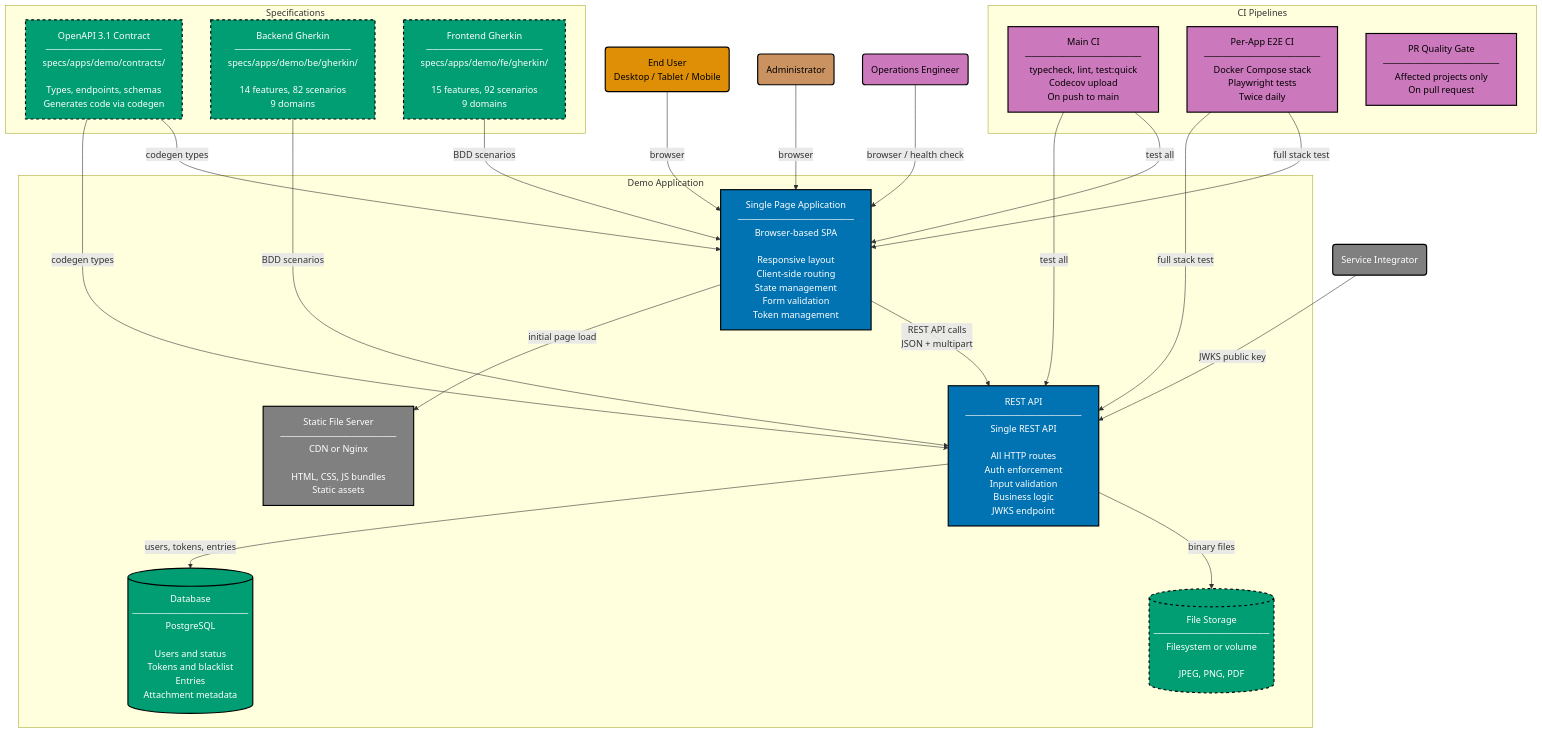
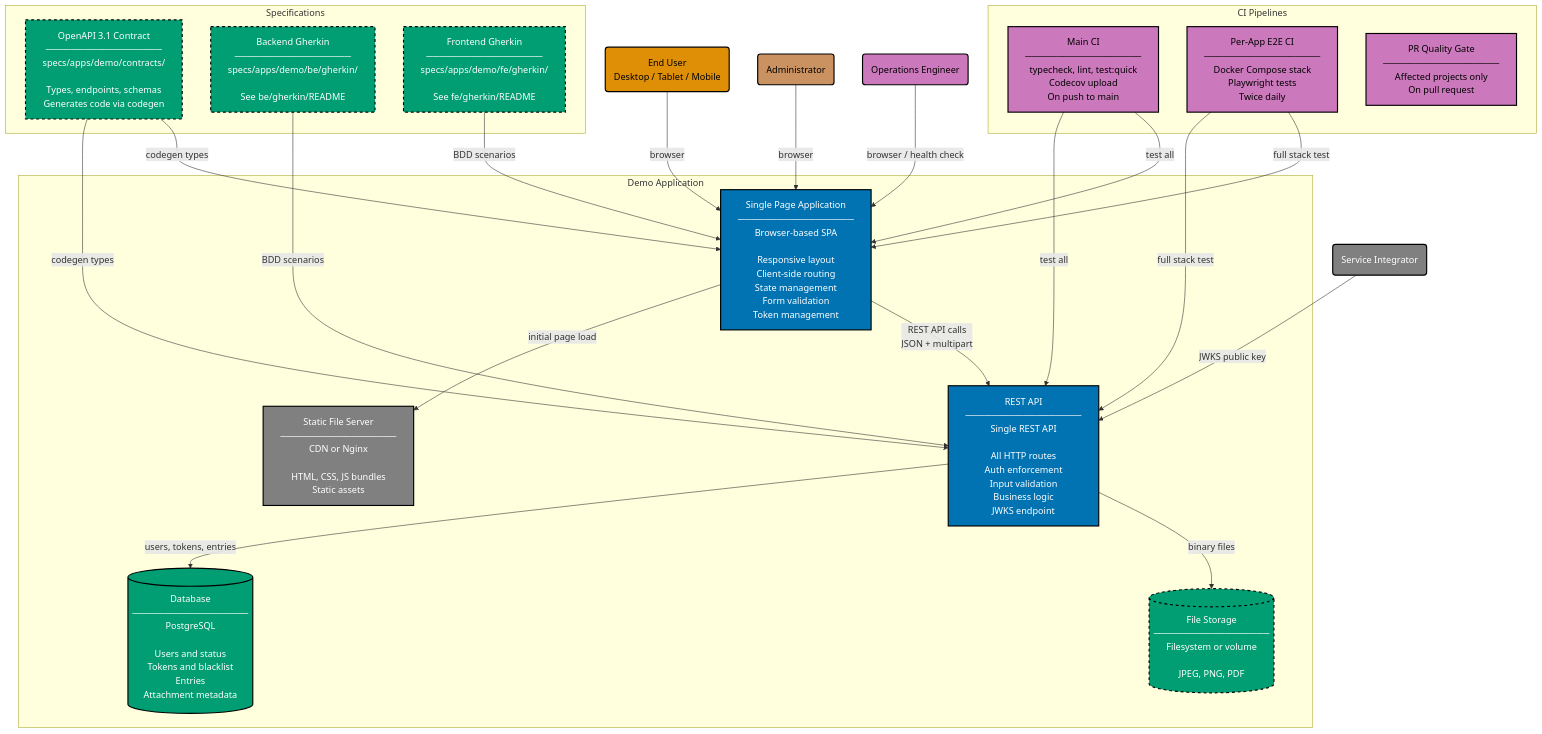
The diagram in specs/apps/demo/c4/container.md (wahidyankf/open-sharia-enterprise), drawn with Mermaid before and after one commit. The commit also changed 28 other files, not shown here.

````diff
--- a/specs/apps/demo/c4/container.md
+++ b/specs/apps/demo/c4/container.md
@@ -13,69 +13,69 @@
 ```mermaid
 %% Color Palette: Blue #0173B2 | Orange #DE8F05 | Teal #029E73 | Purple #CC78BC | Brown #CA9161 | Gray #808080
 graph TD
     EU("End User<br/>Desktop / Tablet / Mobile"):::actor
     ADM("Administrator"):::actor_admin
     OPS("Operations Engineer"):::actor_ops
     SI("Service Integrator"):::actor_si
 
     subgraph SYSTEM["Demo Application"]
         SPA["Single Page Application<br/>──────────────────<br/>Browser-based SPA<br/><br/>Responsive layout<br/>Client-side routing<br/>State management<br/>Form validation<br/>Token management"]:::container_fe
 
         STATIC["Static File Server<br/>──────────────────<br/>CDN or Nginx<br/><br/>HTML, CSS, JS bundles<br/>Static assets"]:::infra
 
         API["REST API<br/>──────────────────<br/>Single REST API<br/><br/>All HTTP routes<br/>Auth enforcement<br/>Input validation<br/>Business logic<br/>JWKS endpoint"]:::container_be
 
         DB[("Database<br/>──────────────────<br/>PostgreSQL<br/><br/>Users and status<br/>Tokens and blacklist<br/>Entries<br/>Attachment metadata")]:::datastore
 
         FS[("File Storage<br/>──────────────────<br/>Filesystem or volume<br/><br/>JPEG, PNG, PDF")]:::filestorage
     end
 
     subgraph SPECS["Specifications"]
         CONTRACT["OpenAPI 3.1 Contract<br/>──────────────────<br/>specs/apps/demo/contracts/<br/><br/>Types, endpoints, schemas<br/>Generates code via codegen"]:::spec
 
-        BE_GHERKIN["Backend Gherkin<br/>──────────────────<br/>specs/apps/demo/be/gherkin/<br/><br/>14 features, 82 scenarios<br/>9 domains"]:::spec
+        BE_GHERKIN["Backend Gherkin<br/>──────────────────<br/>specs/apps/demo/be/gherkin/<br/><br/>See be/gherkin/README"]:::spec
 
-        FE_GHERKIN["Frontend Gherkin<br/>──────────────────<br/>specs/apps/demo/fe/gherkin/<br/><br/>15 features, 92 scenarios<br/>9 domains"]:::spec
+        FE_GHERKIN["Frontend Gherkin<br/>──────────────────<br/>specs/apps/demo/fe/gherkin/<br/><br/>See fe/gherkin/README"]:::spec
     end
 
     subgraph CICD["CI Pipelines"]
         MAIN_CI["Main CI<br/>──────────────────<br/>typecheck, lint, test:quick<br/>Codecov upload<br/>On push to main"]:::ci
 
         E2E_CI["Per-App E2E CI<br/>──────────────────<br/>Docker Compose stack<br/>Playwright tests<br/>Twice daily"]:::ci
 
         PR_CI["PR Quality Gate<br/>──────────────────<br/>Affected projects only<br/>On pull request"]:::ci
     end
 
     EU -->|"browser"| SPA
     ADM -->|"browser"| SPA
     OPS -->|"browser / health check"| SPA
     SI -->|"JWKS public key"| API
 
     SPA -->|"initial page load"| STATIC
     SPA -->|"REST API calls<br/>JSON + multipart"| API
 
     API -->|"users, tokens, entries"| DB
     API -->|"binary files"| FS
 
     CONTRACT -->|"codegen types"| API
     CONTRACT -->|"codegen types"| SPA
     BE_GHERKIN -->|"BDD scenarios"| API
     FE_GHERKIN -->|"BDD scenarios"| SPA
 
     MAIN_CI -->|"test all"| API
     MAIN_CI -->|"test all"| SPA
     E2E_CI -->|"full stack test"| API
     E2E_CI -->|"full stack test"| SPA
 
     classDef actor fill:#DE8F05,stroke:#000000,color:#000000,stroke-width:2px
     classDef actor_admin fill:#CA9161,stroke:#000000,color:#000000,stroke-width:2px
     classDef actor_ops fill:#CC78BC,stroke:#000000,color:#000000,stroke-width:2px
     classDef actor_si fill:#808080,stroke:#000000,color:#FFFFFF,stroke-width:2px
     classDef container_fe fill:#0173B2,stroke:#000000,color:#FFFFFF,stroke-width:2px
     classDef container_be fill:#0173B2,stroke:#000000,color:#FFFFFF,stroke-width:2px
     classDef infra fill:#808080,stroke:#000000,color:#FFFFFF,stroke-width:2px
     classDef datastore fill:#029E73,stroke:#000000,color:#FFFFFF,stroke-width:2px
     classDef filestorage fill:#029E73,stroke:#000000,color:#FFFFFF,stroke-width:2px,stroke-dasharray:5 5
     classDef spec fill:#029E73,stroke:#000000,color:#FFFFFF,stroke-width:2px,stroke-dasharray:5 5
     classDef ci fill:#CC78BC,stroke:#000000,color:#000000,stroke-width:2px
 ```
````
